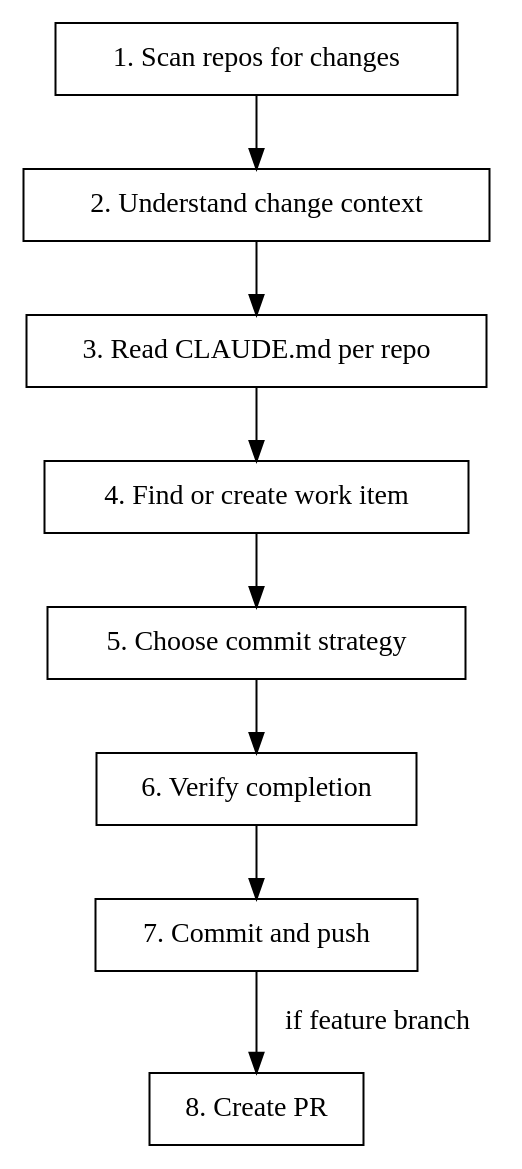
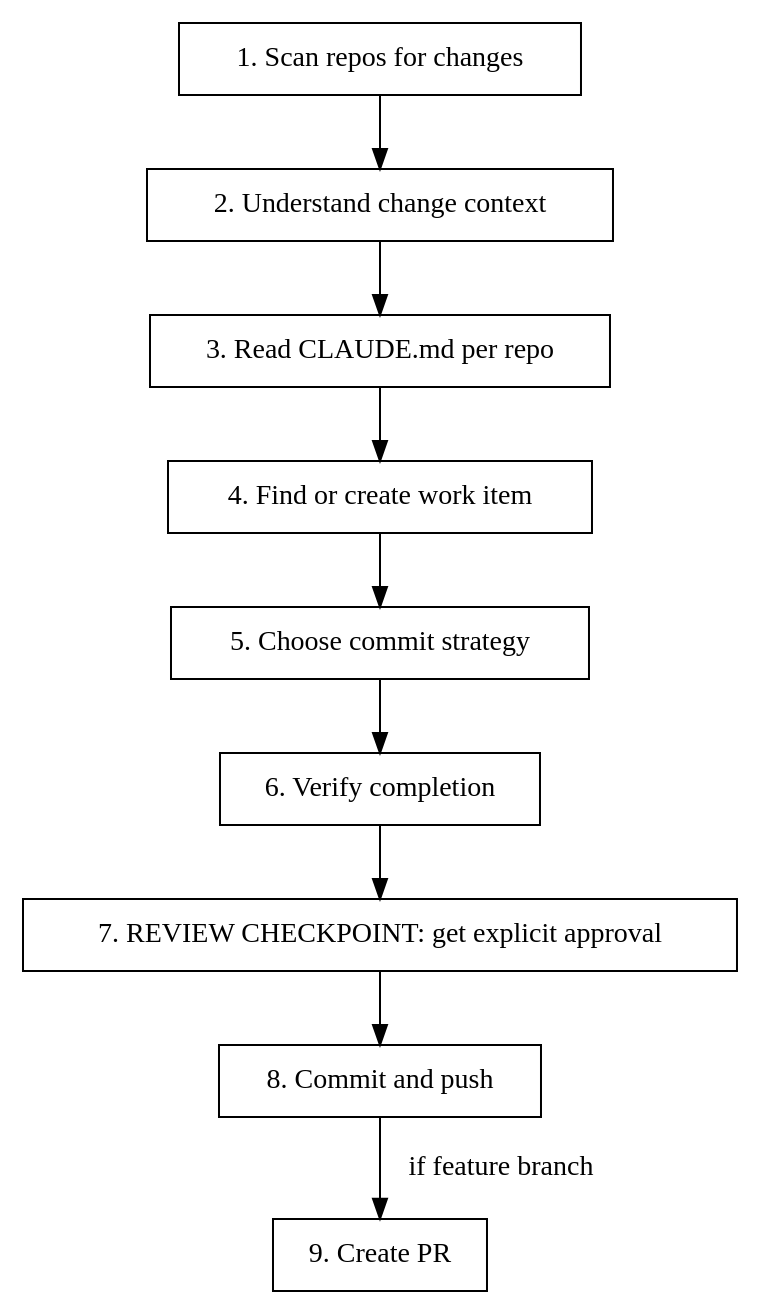
One commit to meshmakers/octo-claude-skills changed the diagram in skills/octo-commit/SKILL.md. Above: the diagram before and after it, drawn with Graphviz. The commit also changed other lines of this file and 36 other files, not shown here.

````diff
--- a/skills/octo-commit/SKILL.md
+++ b/skills/octo-commit/SKILL.md
@@ -45,18 +70,19 @@
 ```dot
 digraph commit_flow {
     rankdir=TB;
     node [shape=box];
 
     scan [label="1. Scan repos for changes"];
     context [label="2. Understand change context"];
     claudemd [label="3. Read CLAUDE.md per repo"];
     workitem [label="4. Find or create work item"];
     strategy [label="5. Choose commit strategy"];
     verify [label="6. Verify completion"];
-    execute [label="7. Commit and push"];
-    pr [label="8. Create PR"];
+    approve [label="7. REVIEW CHECKPOINT: get explicit approval"];
+    execute [label="8. Commit and push"];
+    pr [label="9. Create PR"];
 
-    scan -> context -> claudemd -> workitem -> strategy -> verify -> execute;
+    scan -> context -> claudemd -> workitem -> strategy -> verify -> approve -> execute;
     execute -> pr [label="if feature branch"];
 }
 ```
````
